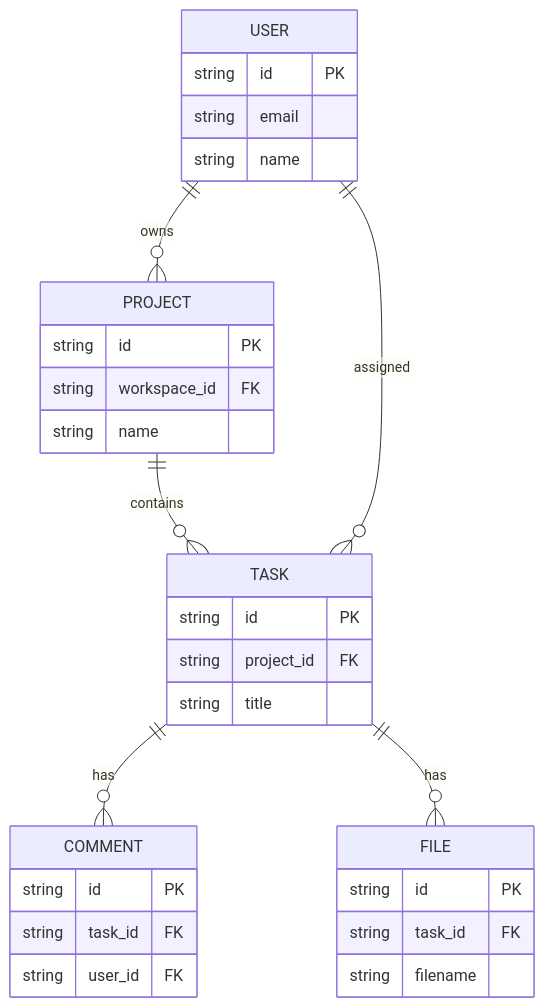
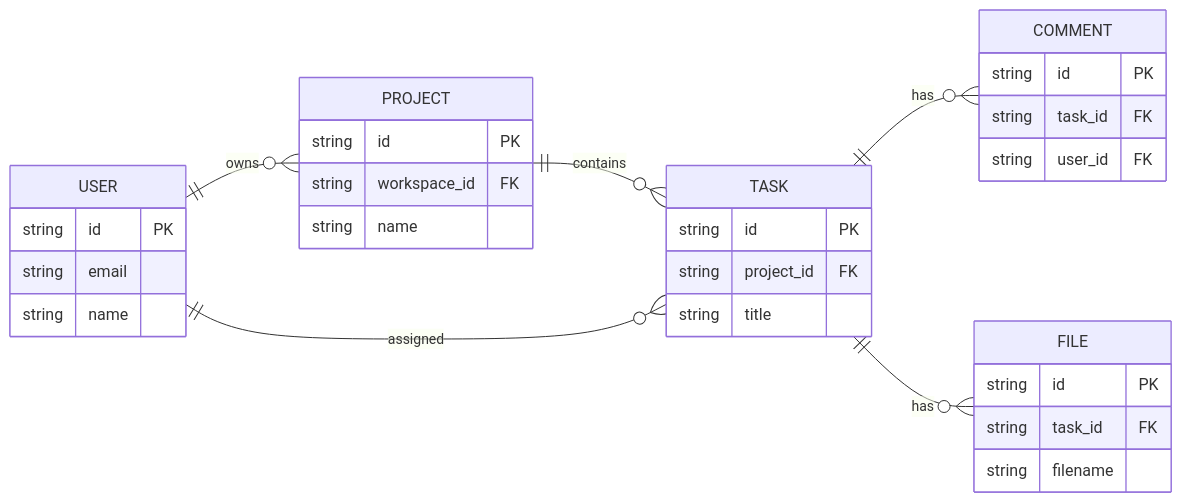
Before and after one commit to ritiku2004/Zira-Project-details: the diagram in diagrams/erd-slide.mmd, drawn with Mermaid. The commit also changed 1 other file, not shown here.

Commit message:
Diagrames added

```diff
--- a/diagrams/erd-slide.mmd
+++ b/diagrams/erd-slide.mmd
@@ -1,32 +1,33 @@
 erDiagram
-  USER ||--o{ PROJECT : owns
-  PROJECT ||--o{ TASK : contains
+    direction LR
+    USER ||--o{ PROJECT : owns
+    PROJECT ||--o{ TASK : contains
   USER ||--o{ TASK : assigned
   TASK ||--o{ COMMENT : has
   TASK ||--o{ FILE : has
 
   USER {
     string id PK
     string email
     string name
   }
   PROJECT {
     string id PK
     string workspace_id FK
     string name
   }
   TASK {
     string id PK
     string project_id FK
     string title
   }
   COMMENT {
     string id PK
     string task_id FK
     string user_id FK
   }
   FILE {
     string id PK
     string task_id FK
     string filename
   }
```
